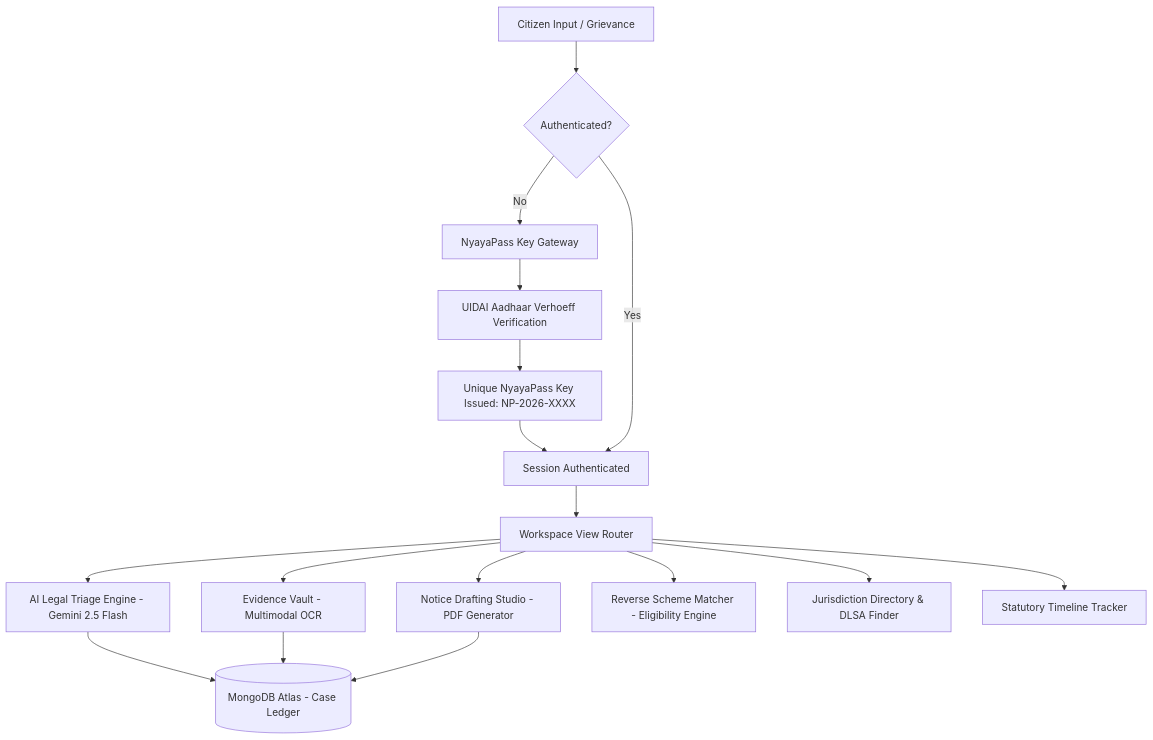
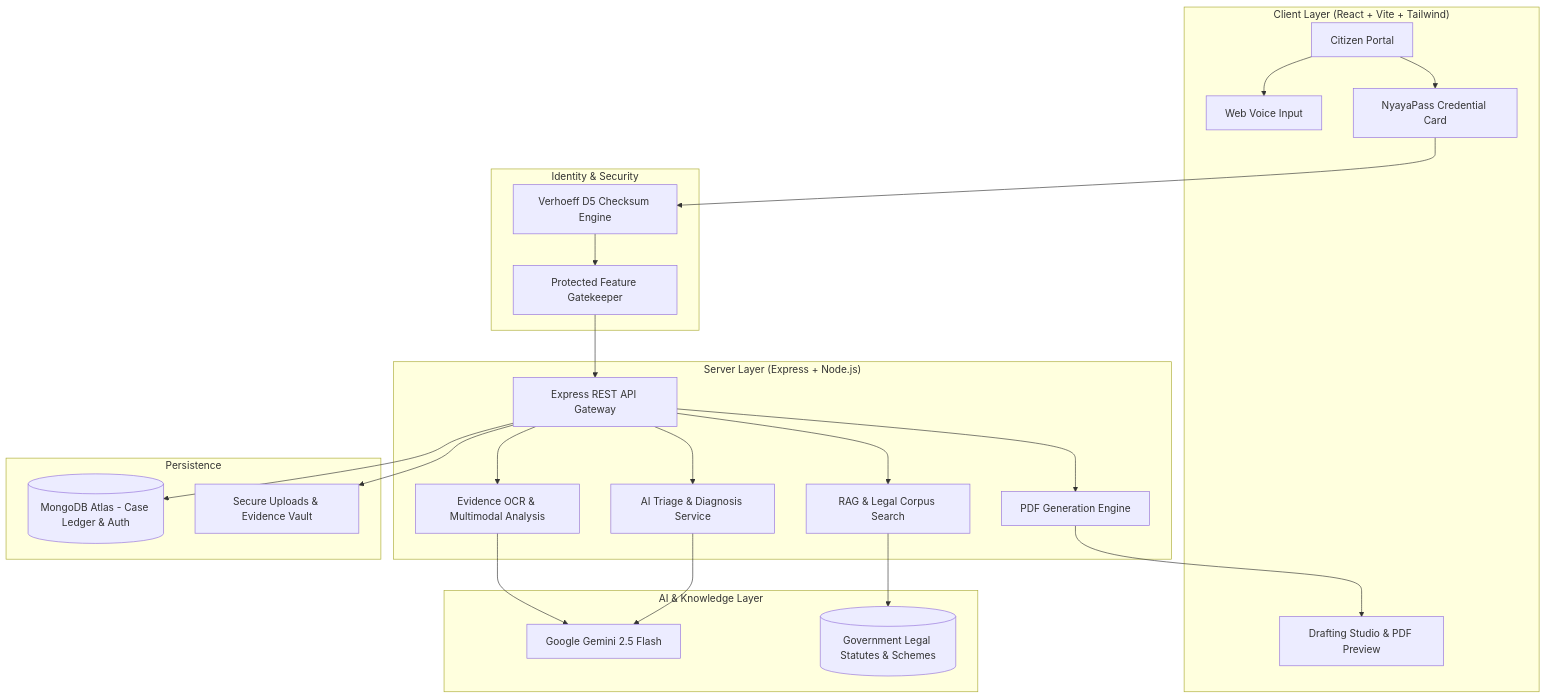
One commit to garishabansal84-rgb/NayayaSetu changed the diagram in README.md. Above: the diagram before and after it, drawn with Mermaid. The commit also changed other lines of this file and 1 other file, not shown here.

Commit message:
docs: add comprehensive README with architecture & MIT license

````diff
--- a/README.md
+++ b/README.md
@@ -89,21 +106,51 @@
 ```mermaid
 flowchart TD
-    A[Citizen Input / Grievance] --> B{Authenticated?}
-    B -- No --> C[NyayaPass Key Gateway]
-    C --> D[UIDAI Aadhaar Verhoeff Verification]
-    D --> E[Unique NyayaPass Key Issued: NP-2026-XXXX]
-    E --> F[Session Authenticated]
-    B -- Yes --> F
+    subgraph Client ["Client Layer (React + Vite + Tailwind)"]
+        UI[Citizen Portal]
+        Voice[Web Voice Input]
+        Pass[NyayaPass Credential Card]
+        Draft[Drafting Studio & PDF Preview]
+    end
 
-    F --> G[Workspace View Router]
-    G --> H[AI Legal Triage Engine - Gemini 2.5 Flash]
-    G --> I[Evidence Vault - Multimodal OCR]
-    G --> J[Notice Drafting Studio - PDF Generator]
-    G --> K[Reverse Scheme Matcher - Eligibility Engine]
-    G --> L[Jurisdiction Directory & DLSA Finder]
-    G --> M[Statutory Timeline Tracker]
+    subgraph Auth ["Identity & Security"]
+        Verhoeff[Verhoeff D5 Checksum Engine]
+        Gate[Protected Feature Gatekeeper]
+    end
 
-    H --> N[(MongoDB Atlas - Case Ledger)]
-    I --> N
-    J --> N
+    subgraph Server ["Server Layer (Express + Node.js)"]
+        API[Express REST API Gateway]
+        TriageSvc[AI Triage & Diagnosis Service]
+        RAGSvc[RAG & Legal Corpus Search]
+        OCRSvc[Evidence OCR & Multimodal Analysis]
+        PDFSvc[PDF Generation Engine]
+    end
+
+    subgraph AI ["AI & Knowledge Layer"]
+        Gemini[Google Gemini 2.5 Flash]
+        Corpus[(Government Legal Statutes & Schemes)]
+    end
+
+    subgraph Data ["Persistence"]
+        DB[(MongoDB Atlas - Case Ledger & Auth)]
+        Vault[Secure Uploads & Evidence Vault]
+    end
+
+    UI --> Voice
+    UI --> Pass
+    Pass --> Verhoeff
+    Verhoeff --> Gate
+    Gate --> API
+
+    API --> TriageSvc
+    API --> RAGSvc
+    API --> OCRSvc
+    API --> PDFSvc
+
+    TriageSvc --> Gemini
+    RAGSvc --> Corpus
+    OCRSvc --> Gemini
+    PDFSvc --> Draft
+
+    API --> DB
+    API --> Vault
 ```
````
